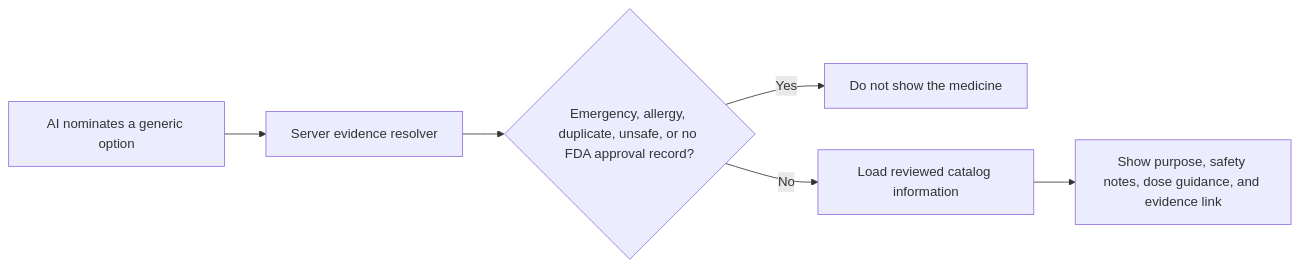
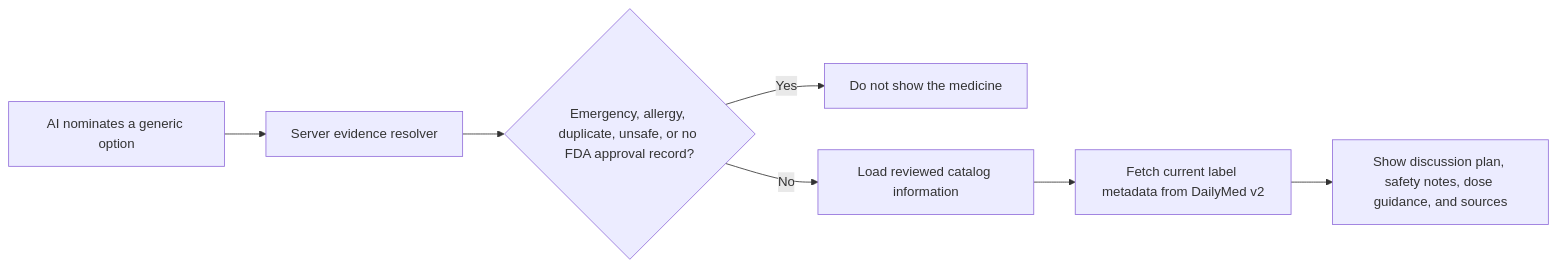
Before and after one commit to Kheem-Dh/Nabz---AI-Hackathon-Alibaba: the fifth of 6 diagrams in README.md, drawn with Mermaid. The commit also changed other lines of this file and 16 other files, not shown here.

Commit message:
Implemented the DailyMed medication-plan and transcript-chat upgrade.

````diff
--- a/README.md
+++ b/README.md
@@ -162,8 +163,9 @@
 ```mermaid
 flowchart LR
     A[AI nominates a generic option] --> B[Server evidence resolver]
     B --> C{Emergency, allergy, duplicate, unsafe, or no FDA approval record?}
     C -- Yes --> D[Do not show the medicine]
     C -- No --> E[Load reviewed catalog information]
-    E --> F[Show purpose, safety notes, dose guidance, and evidence link]
+    E --> F[Fetch current label metadata from DailyMed v2]
+    F --> G[Show discussion plan, safety notes, dose guidance, and sources]
 ```
````
